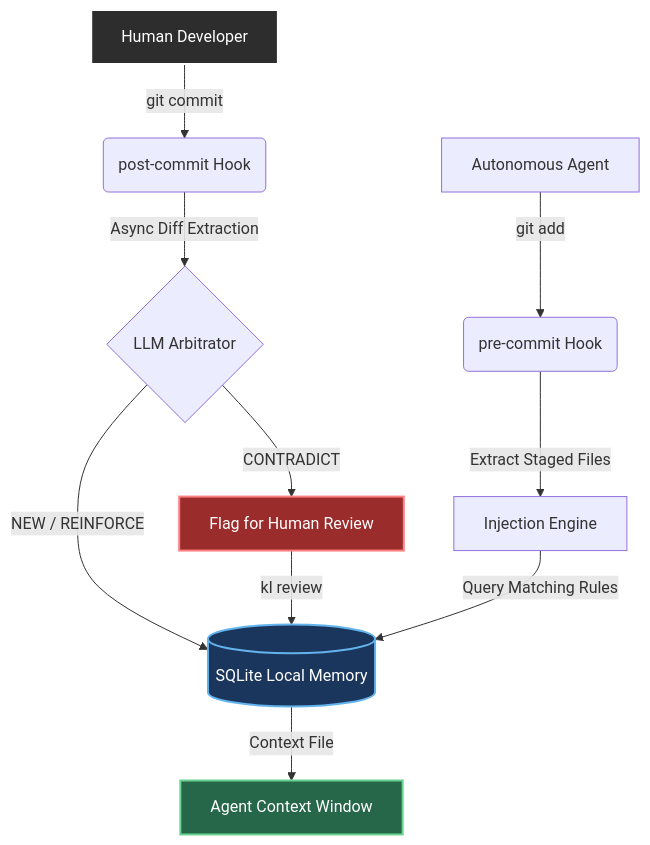
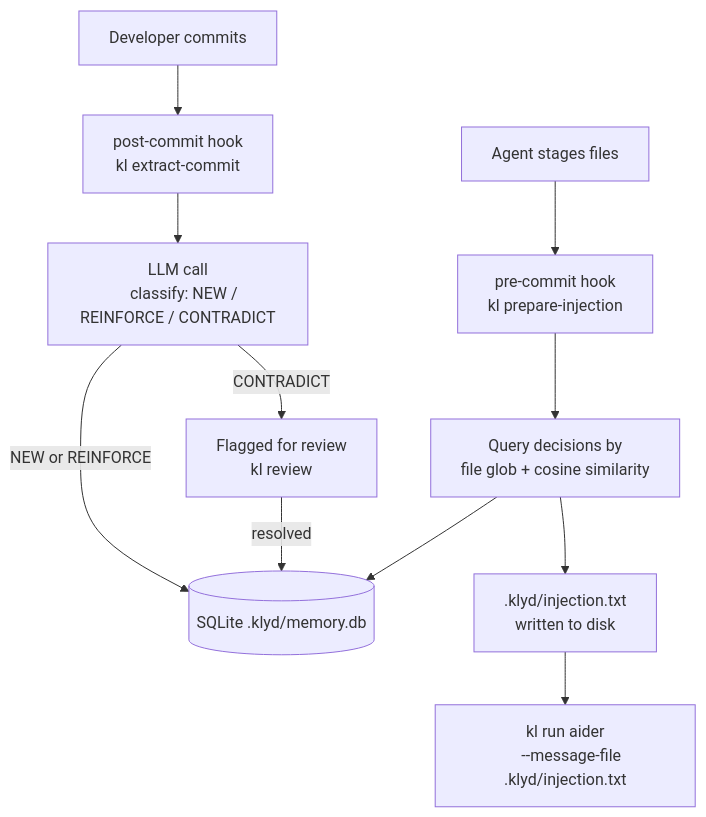
The diagram in README.md (klyd-studio/klyd-harness), drawn with Mermaid before and after one commit. The commit also changed other lines of this file, not shown here.

````diff
--- a/README.md
+++ b/README.md
@@ -44,19 +30,21 @@
 ```mermaid
 graph TD
-    A[Human Developer] -->|git commit| B(post-commit Hook)
-    B -->|Async Diff Extraction| C{LLM Arbitrator}
-    
-    C -->|NEW / REINFORCE| D[(SQLite Local Memory)]
-    C -->|CONTRADICT| E[Flag for Human Review]
-    E -->|kl review| D
-    
-    F[Autonomous Agent] -->|git add| G(pre-commit Hook)
-    G -->|Extract Staged Files| H[Injection Engine]
-    H -->|Query Matching Rules| D
-    D -->|Context File| I[Agent Context Window]
-    
-    style A fill:#2d2d2d,stroke:#fff,stroke-width:2px,color:#fff
-    style D fill:#1a365d,stroke:#63b3ed,stroke-width:2px,color:#fff
-    style E fill:#9b2c2c,stroke:#fc8181,stroke-width:2px,color:#fff
-    style I fill:#276749,stroke:#68d391,stroke-width:2px,color:#fff
+    A[Developer commits] --> B["post-commit hook
+    kl extract-commit"]
+    B --> C["LLM call
+    classify: NEW / REINFORCE / CONTRADICT"]
+    C -->|NEW or REINFORCE| D[(SQLite .klyd/memory.db)]
+    C -->|CONTRADICT| E["Flagged for review
+    kl review"]
+    E -->|resolved| D
+
+    F[Agent stages files] --> G["pre-commit hook
+    kl prepare-injection"]
+    G --> H["Query decisions by
+    file glob + cosine similarity"]
+    H --> D
+    H --> I[".klyd/injection.txt
+    written to disk"]
+    I --> J["kl run aider
+    --message-file .klyd/injection.txt"]
 ```
````
